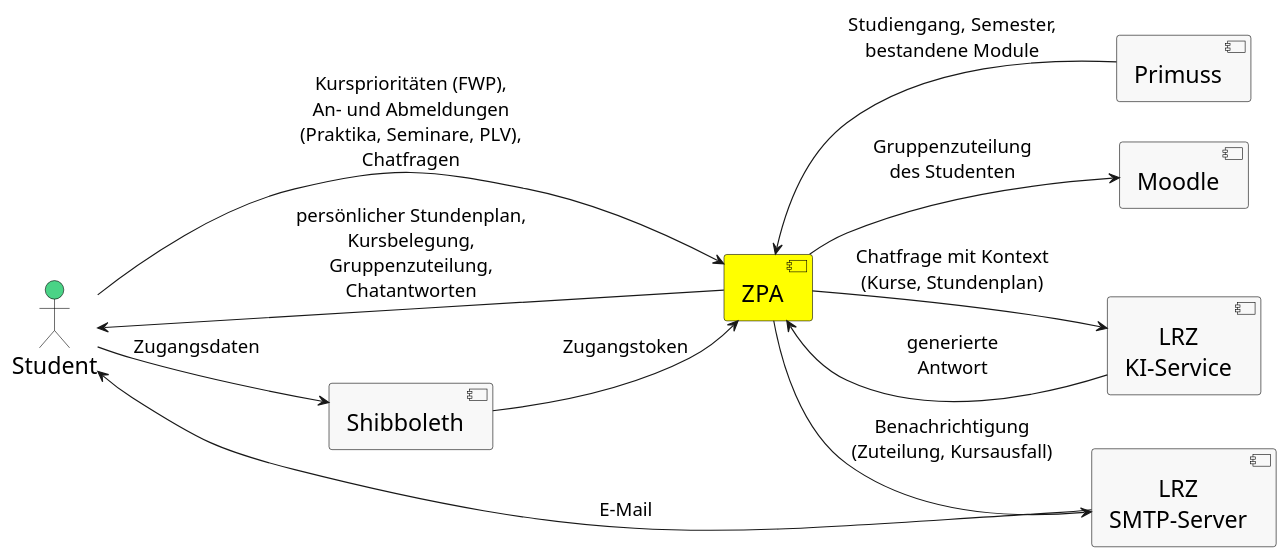
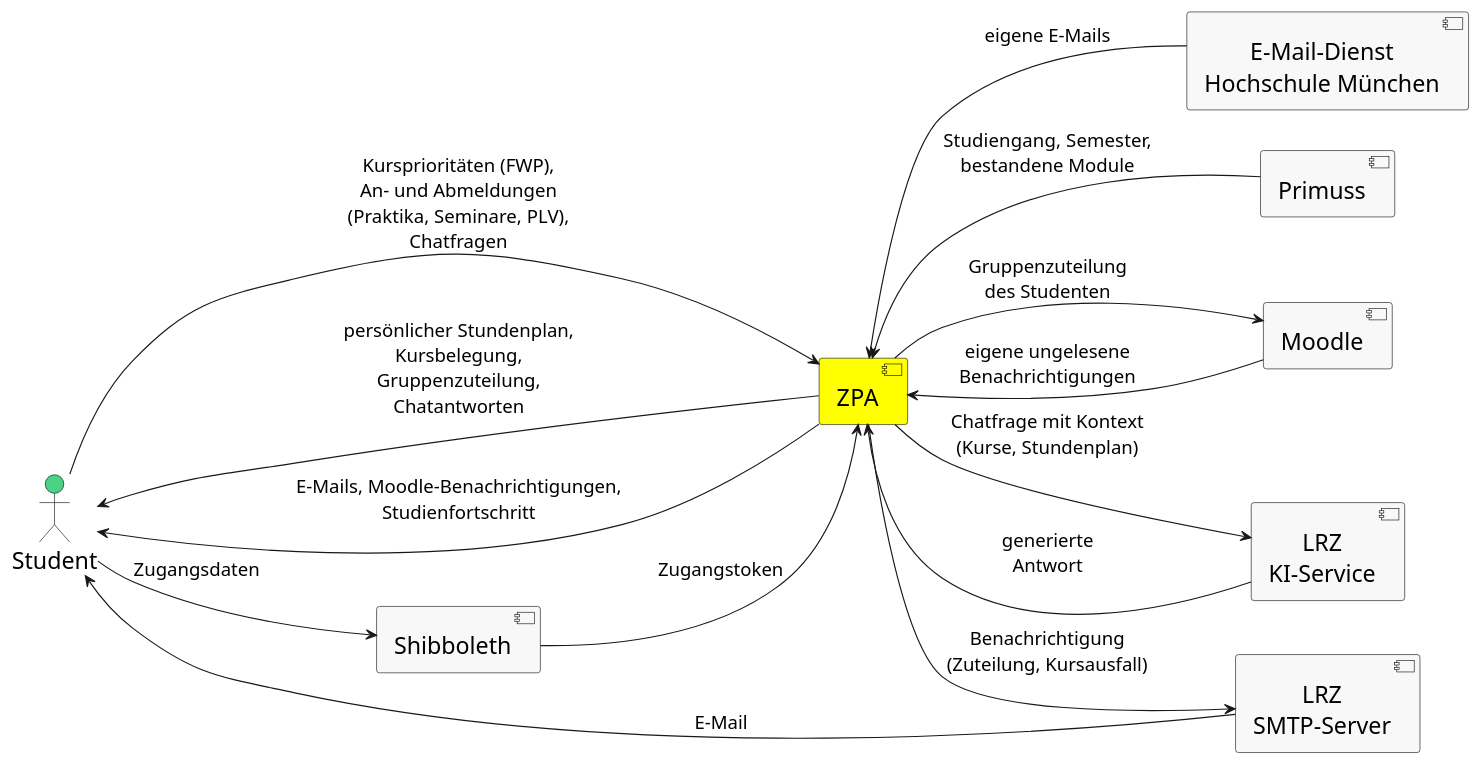
Before and after one commit to MullexBDE/SEng1: the diagram in src/main/puml/kontext/kontext-student.puml, drawn with PlantUML. The commit also changed 3 other files, not shown here.

```diff
--- a/src/main/puml/kontext/kontext-student.puml
+++ b/src/main/puml/kontext/kontext-student.puml
@@ -1,59 +1,63 @@
 @startuml
 
 <style>
 document {
   Margin 30
 }
 </style>
 
 skinparam componentStyle uml2
 hide stereotype
 skinparam defaultTextAlignment center
 
 skinparam actor {
   BackgroundColor #4AD386
   BorderColor #a0a0a0
   BackgroundColor<<Main>> #FFFF00
   BorderColor black
   ArrowColor black
   FontName  Arial Unicode MS
   FontSize 20
 }
 
 skinparam component {
   BackgroundColor #f8f8f8
   BorderColor #a0a0a0
   BackgroundColor<<Main>> #FFFF00
   BorderColor black
   FontName  Arial Unicode MS
   FontSize 20
   ArrowFontName  Arial Unicode MS
   ArrowFontSize 16
 }
 
 left to right direction
 
 :Student:
 
 [ZPA] <<Main>>
 
 [Shibboleth]
 [Primuss]
 [Moodle]
 [LRZ\nKI-Service] as KI
 [LRZ\nSMTP-Server] as SMTP
+[E-Mail-Dienst\nHochschule München] as Postfach
 
 Student --> ZPA : Kursprioritäten (FWP),\nAn- und Abmeldungen\n(Praktika, Seminare, PLV),\nChatfragen
 Student <-- ZPA : persönlicher Stundenplan,\nKursbelegung,\nGruppenzuteilung,\nChatantworten
+Student <-- ZPA : E-Mails, Moodle-Benachrichtigungen,\nStudienfortschritt
 
 Student --> Shibboleth : Zugangsdaten
 Shibboleth --> ZPA : Zugangstoken
 
 ZPA <-- Primuss : Studiengang, Semester,\nbestandene Module
 ZPA --> Moodle : Gruppenzuteilung\ndes Studenten
+ZPA <-- Moodle : eigene ungelesene\nBenachrichtigungen
+ZPA <-- Postfach : eigene E-Mails
 ZPA --> KI : Chatfrage mit Kontext\n(Kurse, Stundenplan)
 ZPA <-- KI : generierte\nAntwort
 ZPA --> SMTP : Benachrichtigung\n(Zuteilung, Kursausfall)
 Student <-- SMTP : E-Mail
 
 @enduml
```
